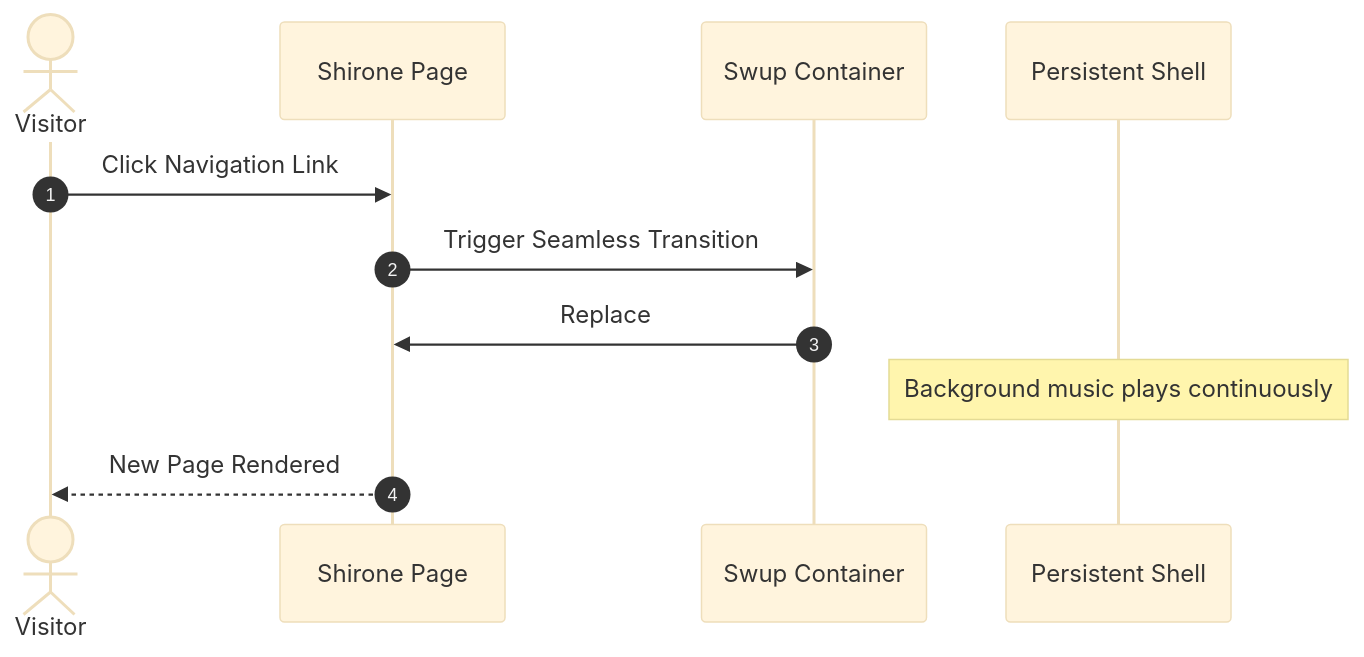
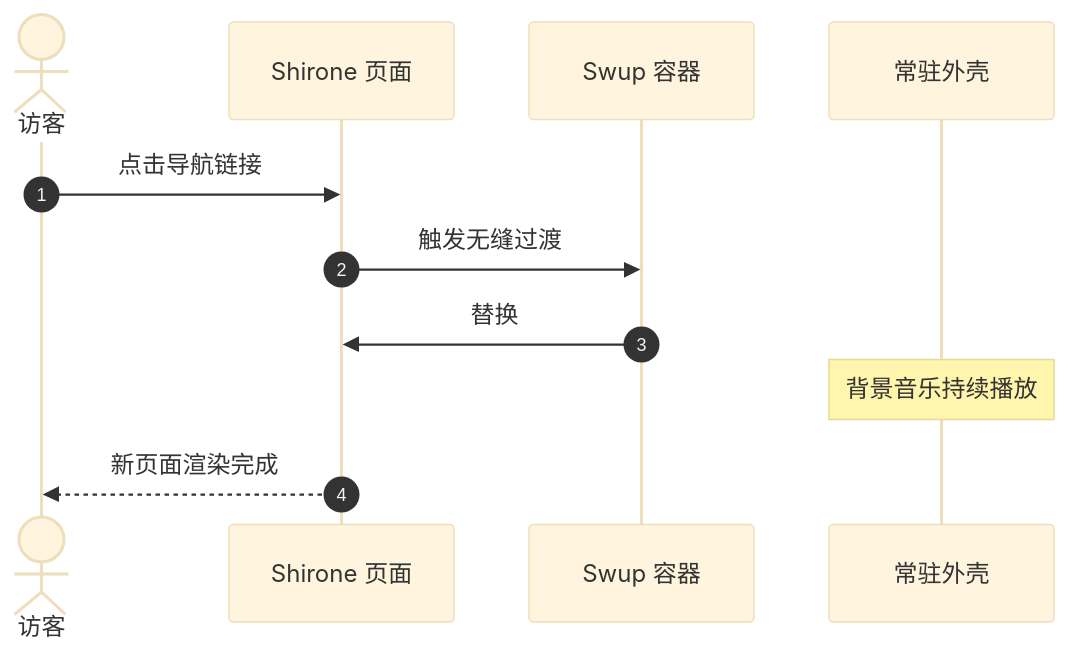
Before and after one commit to yycc0324-lang/Blog_for_yycc: the diagram in src/content/posts/guide/index.md, drawn with Mermaid (base theme). The commit also changed other lines of this file and 38 other files, not shown here.

````diff
--- a/src/content/posts/guide/index.md
+++ b/src/content/posts/guide/index.md
@@ -185,14 +186,14 @@
 ```mermaid
 sequenceDiagram
     autonumber
-    actor Visitor as Visitor
-    participant Page as Shirone Page
-    participant Swup as Swup Container
-    participant Audio as Persistent Shell
+    actor Visitor as 访客
+    participant Page as Shirone 页面
+    participant Swup as Swup 容器
+    participant Audio as 常驻外壳
 
-    Visitor->>Page: Click Navigation Link
-    Page->>Swup: Trigger Seamless Transition
-    Swup->>Page: Replace #swup-container
-    Note over Audio: Background music plays continuously
-    Page-->>Visitor: New Page Rendered
+    Visitor->>Page: 点击导航链接
+    Page->>Swup: 触发无缝过渡
+    Swup->>Page: 替换 #swup-container
+    Note over Audio: 背景音乐持续播放
+    Page-->>Visitor: 新页面渲染完成
 ```
````
